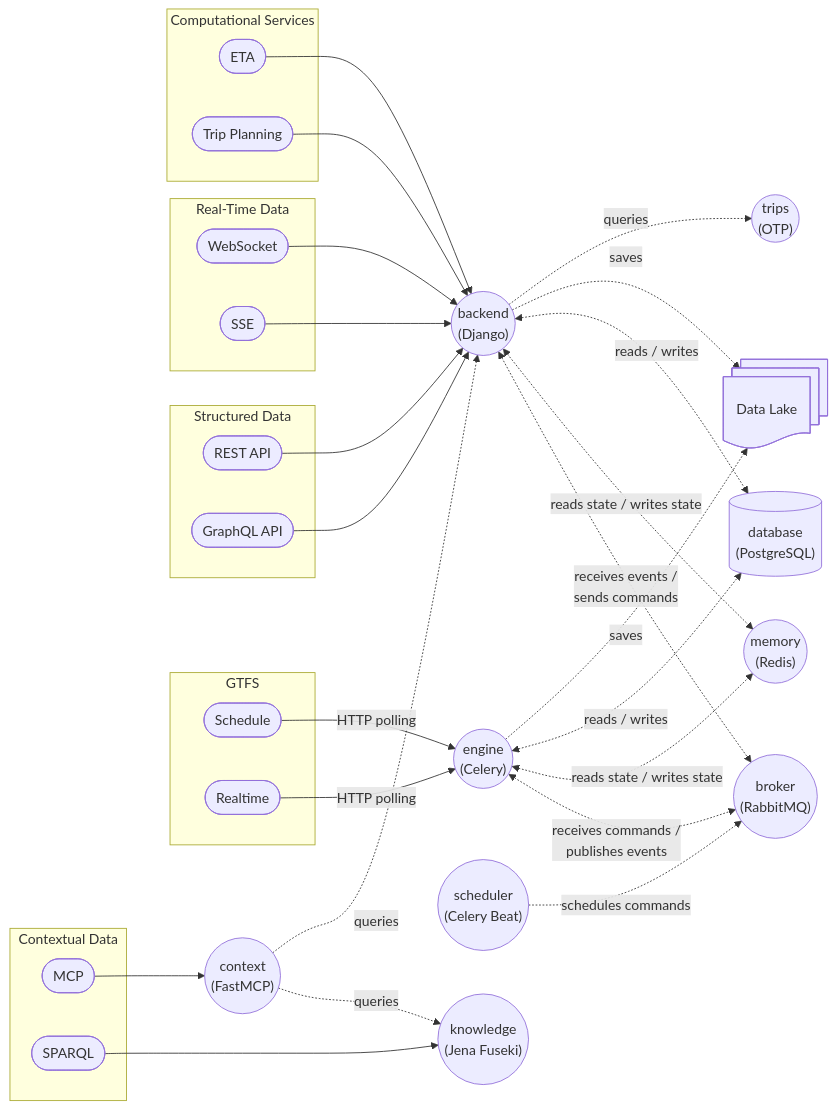
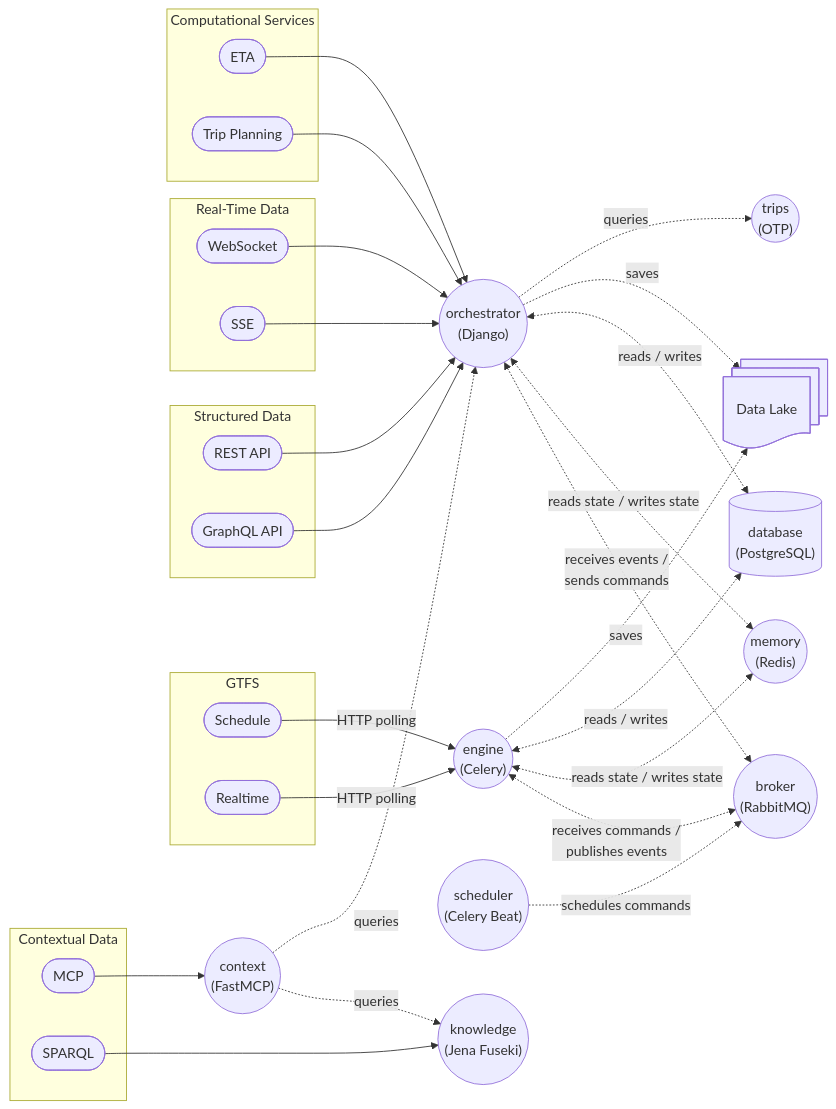
Before and after one commit to simovilab/infobus: the diagram in ARCHITECTURE.md, drawn with Mermaid. The commit also changed other lines of this file and 188 other files, not shown here.

````diff
--- a/ARCHITECTURE.md
+++ b/ARCHITECTURE.md
@@ -5,58 +5,58 @@
 ```mermaid
 flowchart LR
     subgraph GTFS
         schedule([Schedule])
         realtime([Realtime])
     end
     subgraph Structured Data
         api([REST API])
         graphql([GraphQL API])
     end
     subgraph Real-Time Data
         ws([WebSocket])
         sse([SSE])
     end
     subgraph Contextual Data
         mcp([MCP])
         sparql([SPARQL])
     end
     subgraph Computational Services
         eta([ETA])
         tp([Trip Planning])
     end
     
-    backend(("backend<br/>(Django)"))
+    orchestrator(("orchestrator<br/>(Django)"))
     engine(("engine<br/>(Celery)"))
     broker(("broker<br/>(RabbitMQ)"))
     scheduler(("scheduler<br/>(Celery Beat)"))
     memory(("memory<br/>(Redis)"))
     database@{ shape: db, label: "database<br/>(PostgreSQL)" }
     context(("context<br/>(FastMCP)"))
     knowledge(("knowledge<br/>(Jena Fuseki)"))
     trips(("trips<br/>(OTP)"))
 
     lake@{ shape: docs, label: "Data Lake" }
 
     schedule --"HTTP polling"--> engine
     realtime --"HTTP polling"--> engine
     engine <-."receives commands /<br/> publishes events".-> broker
     engine <-."reads state / writes state".-> memory
     engine <-."reads / writes".-> database
     engine -."saves".-> lake
-    backend <-."receives events /<br/> sends commands".-> broker
-    backend <-."reads state / writes state".-> memory
-    backend <-."reads / writes".-> database
-    backend -."saves".-> lake
+    orchestrator <-."receives events /<br/> sends commands".-> broker
+    orchestrator <-."reads state / writes state".-> memory
+    orchestrator <-."reads / writes".-> database
+    orchestrator -."saves".-> lake
     scheduler -."schedules commands".-> broker
-    backend -."queries".-> trips
+    orchestrator -."queries".-> trips
     context -."queries".-> knowledge
-    context -."queries".-> backend
+    context -."queries".-> orchestrator
     mcp --> context
     sparql --> knowledge
-    api --> backend
-    graphql --> backend
-    ws --> backend
-    sse --> backend
-    tp --> backend
-    eta --> backend
+    api --> orchestrator
+    graphql --> orchestrator
+    ws --> orchestrator
+    sse --> orchestrator
+    tp --> orchestrator
+    eta --> orchestrator
 ```
````
